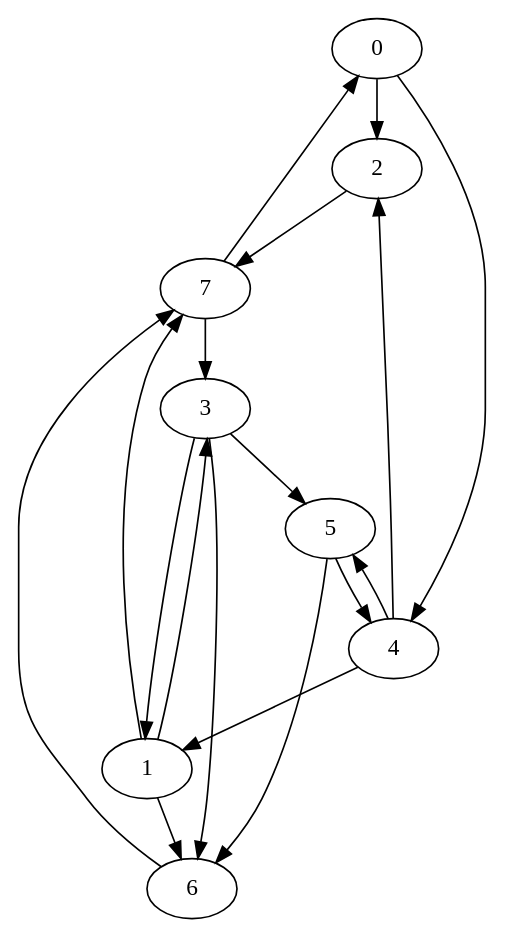
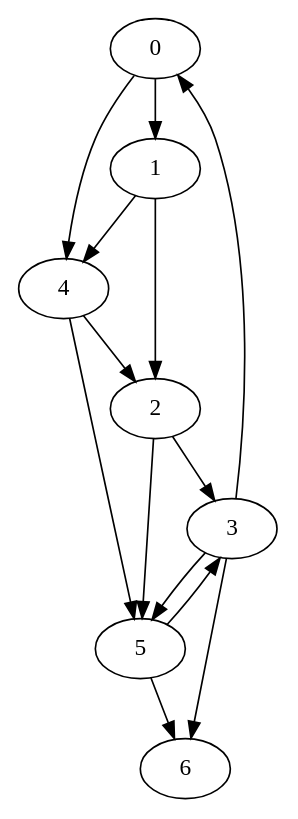
Before and after one commit to bohdan200211/Johnson-s-algorithm: the diagram in src/G.dot, drawn with Graphviz. The commit also changed 2 other files, not shown here.

```diff
--- a/src/G.dot
+++ b/src/G.dot
@@ -1,11 +1,10 @@
-# 8
+# 7
 digraph {
-0 -> { 2 4 }
-1 -> { 3 6 7 }
-2 -> { 7 }
-3 -> { 1 5 6 }
-4 -> { 1 2 5 }
-5 -> { 4 6 }
-6 -> { 7 }
-7 -> { 0 3 }
+0 -> { 1 4 }
+1 -> { 2 4 }
+2 -> { 3 5 }
+3 -> { 0 5 6 }
+4 -> { 2 5 }
+5 -> { 3 6 }
+6 -> { }
 }
```
